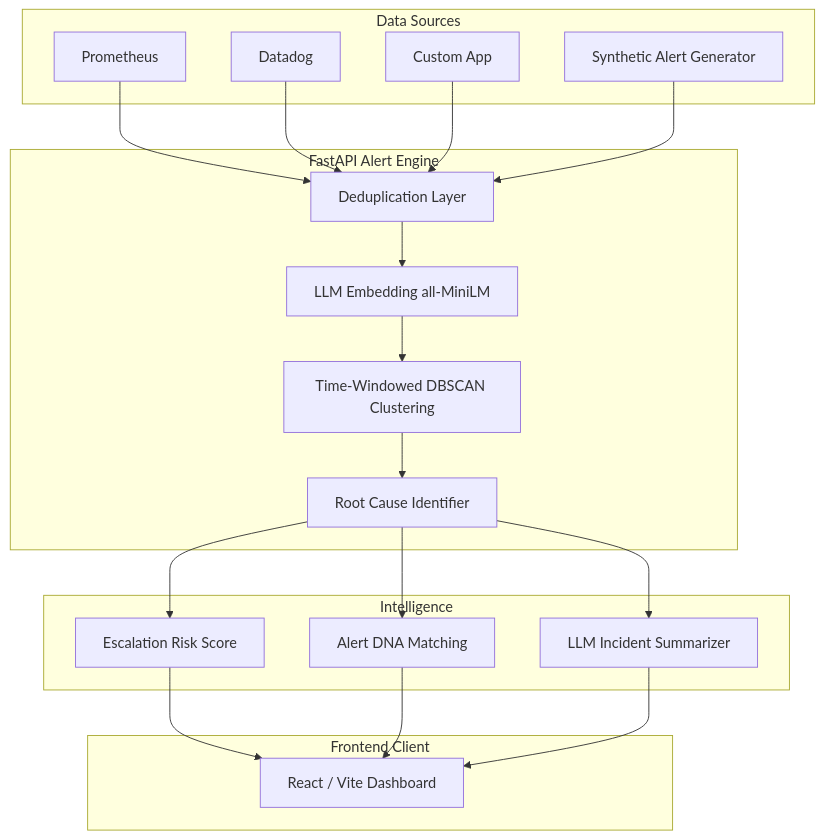
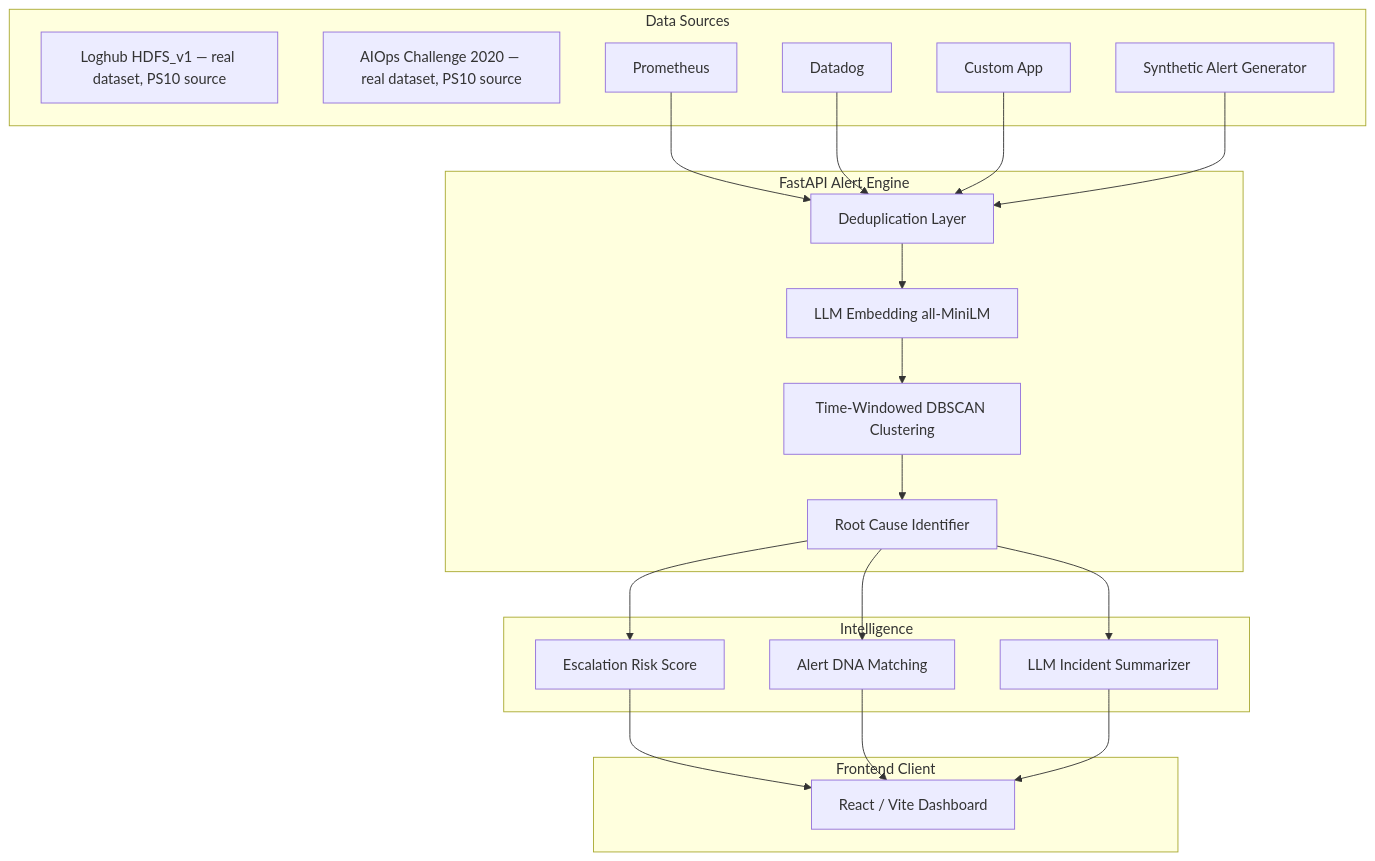
One commit to Aditya0105singh/HPE--HACKATHON-ALERT-CORRELATION-DEDUPLICATION changed the diagram in README.md. Above: the diagram before and after it, drawn with Mermaid. The commit also changed other lines of this file, not shown here.

Commit message:
docs: document real dataset integration and 3-way source switch

````diff
--- a/README.md
+++ b/README.md
@@ -30,43 +30,45 @@
 ```mermaid
 graph TD
     subgraph Data Sources
+        Loghub[Loghub HDFS_v1 — real dataset, PS10 source]
+        AIOps[AIOps Challenge 2020 — real dataset, PS10 source]
         Prometheus[Prometheus]
         Datadog[Datadog]
         CustomApp[Custom App]
         Gen[Synthetic Alert Generator]
     end
 
     subgraph Backend Engine [FastAPI Alert Engine]
         Dedup[Deduplication Layer]
         Embed[LLM Embedding all-MiniLM]
         Cluster[Time-Windowed DBSCAN Clustering]
         RootCause[Root Cause Identifier]
 
         Dedup --> Embed
         Embed --> Cluster
         Cluster --> RootCause
     end
 
     subgraph Intelligence
         RiskScore[Escalation Risk Score]
         DNA[Alert DNA Matching]
         Summarizer[LLM Incident Summarizer]
     end
 
     subgraph Frontend Client
         Dashboard[React / Vite Dashboard]
     end
 
     Prometheus --> Dedup
     Datadog --> Dedup
     CustomApp --> Dedup
     Gen --> Dedup
 
     RootCause --> RiskScore
     RootCause --> DNA
     RootCause --> Summarizer
 
     RiskScore --> Dashboard
     DNA --> Dashboard
     Summarizer --> Dashboard
 ```
````
